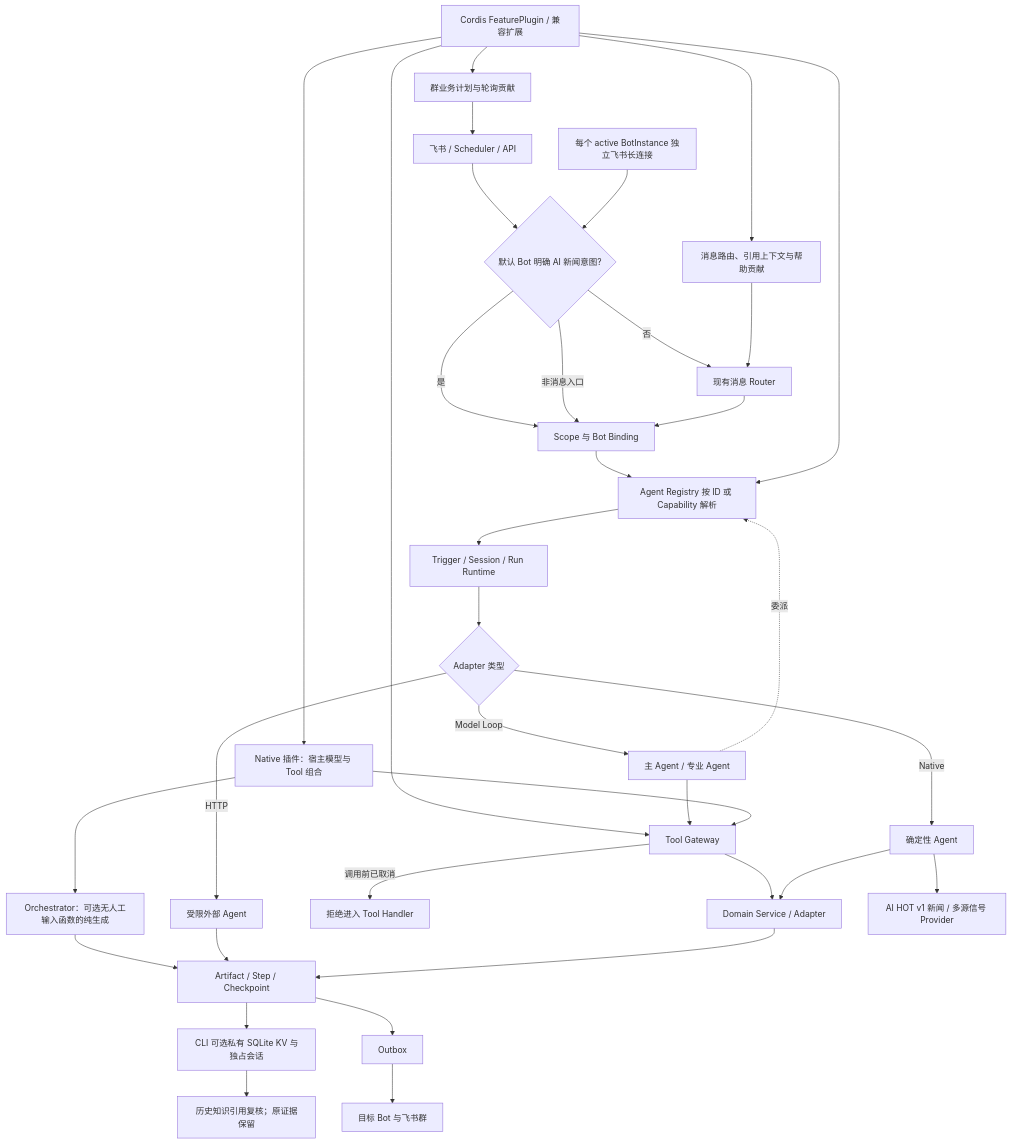
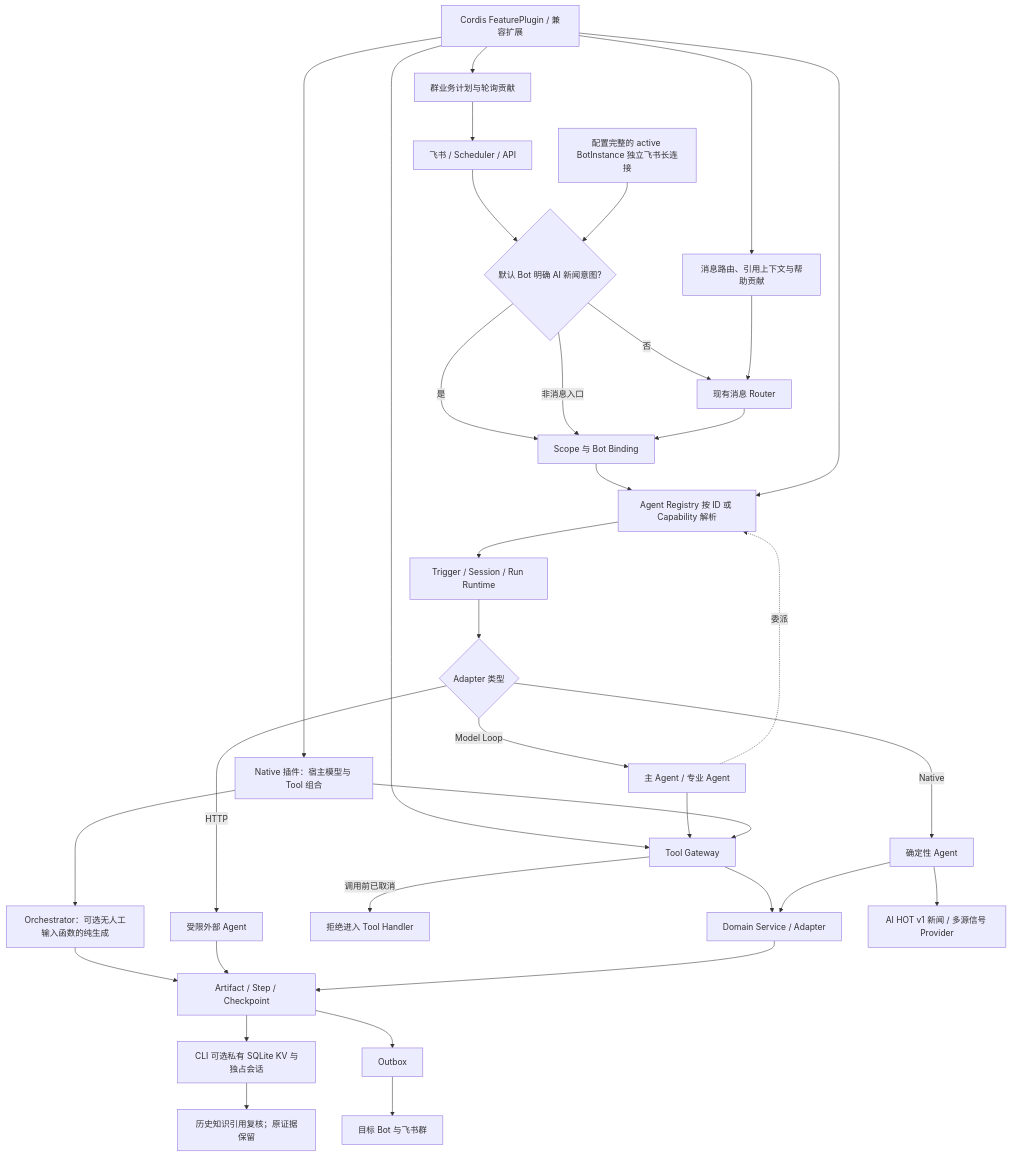
The diagram in backend/src/platform/FEATURE.md (KlayPeter/AI-Delivery-Ops-Agent), drawn with Mermaid before and after one commit. The commit also changed other lines of this file and 6 other files, not shown here.

````diff
--- a/backend/src/platform/FEATURE.md
+++ b/backend/src/platform/FEATURE.md
@@ -29,37 +29,37 @@
 ```mermaid
 flowchart TD
     A["飞书 / Scheduler / API"] --> R{"默认 Bot 明确 AI 新闻意图?"}
     R -- "是" --> B["Scope 与 Bot Binding"]
     R -- "否" --> Q["现有消息 Router"]
     R -- "非消息入口" --> B
     Q --> B
     B --> C["Agent Registry 按 ID 或 Capability 解析"]
     X["Cordis FeaturePlugin / 兼容扩展"] --> C
     X --> I["Tool / Skill / Adapter 注册"]
     X --> MR["消息路由、引用上下文与帮助贡献"]
     MR --> Q
     X --> SJ[群业务计划与轮询贡献]
     SJ --> A
     C --> D["Trigger / Session / Run Runtime"]
     D --> E{"Adapter 类型"}
     E -- Model Loop --> F["主 Agent / 专业 Agent"]
     E -- Native --> G["确定性 Agent"]
     E -- HTTP --> H["受限外部 Agent"]
     F --> I["Tool Gateway"]
     F -. 委派 .-> C
     I --> J["Domain Service / Adapter"]
     I -- "调用前已取消" --> XC["拒绝进入 Tool Handler"]
     X --> NP["Native 插件：宿主模型与 Tool 组合"]
     NP --> I
     NP --> OM["Orchestrator：可选无人工输入函数的纯生成"]
     OM --> K
     G --> J
     H --> K["Artifact / Step / Checkpoint"]
     K --> LS[CLI 可选私有 SQLite KV 与独占会话]
     LS --> IR[历史知识引用复核；原证据保留]
     J --> K
     K --> L["Outbox"]
     L --> M["目标 Bot 与飞书群"]
-    N["每个 active BotInstance 独立飞书长连接"] --> R
+    N["配置完整的 active BotInstance 独立飞书长连接"] --> R
     G --> O["AI HOT v1 新闻 / 多源信号 Provider"]
 ```
````
